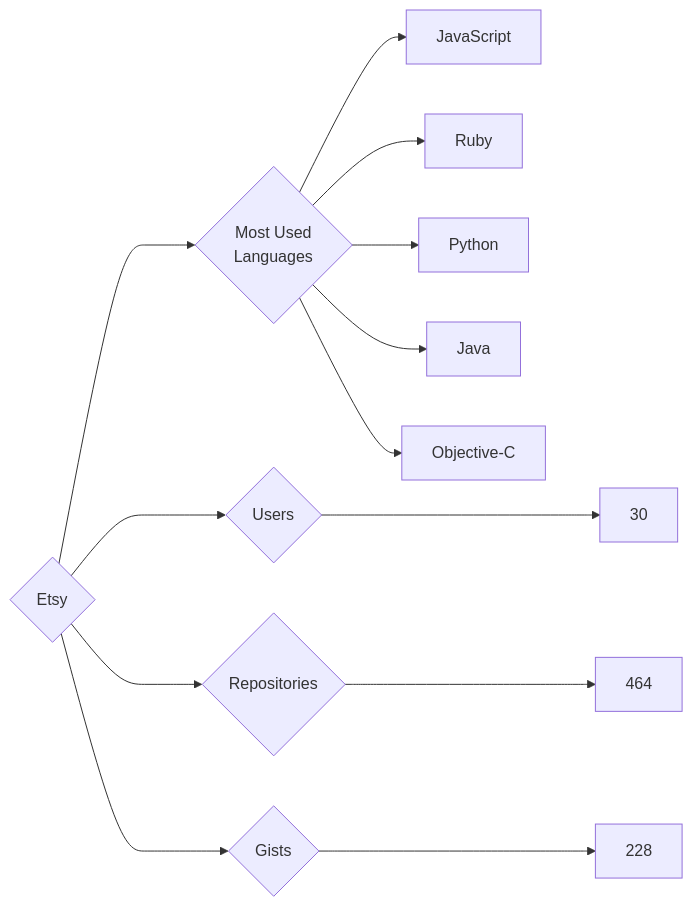
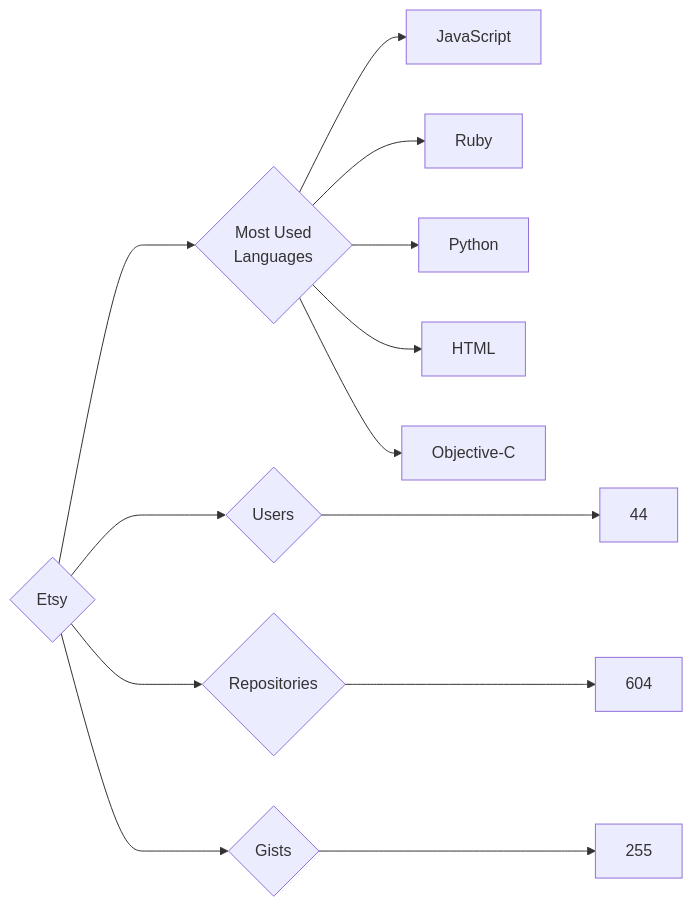
The diagram in targets/Etsy/README.md (trickest/insiders), drawn with Mermaid before and after one commit. The commit also changed 870 other files, not shown here.

````diff
--- a/targets/Etsy/README.md
+++ b/targets/Etsy/README.md
@@ -3,13 +3,13 @@
 ```mermaid
 graph LR
 COMPANY_NAME{Etsy}
-COMPANY_NAME ---> U{Users} ---> UN[30]
-COMPANY_NAME ---> R{Repositories} ---> RN[464]
-COMPANY_NAME ---> G{Gists} ---> GN[228]
+COMPANY_NAME ---> U{Users} ---> UN[44]
+COMPANY_NAME ---> R{Repositories} ---> RN[604]
+COMPANY_NAME ---> G{Gists} ---> GN[255]
 COMPANY_NAME ---> ML{Most Used<br>Languages}
 ML --> JavaScript[JavaScript]
 ML --> Ruby[Ruby]
 ML --> Python[Python]
-ML --> Java[Java]
+ML --> HTML[HTML]
 ML --> Objective-C[Objective-C]
 ```
````
